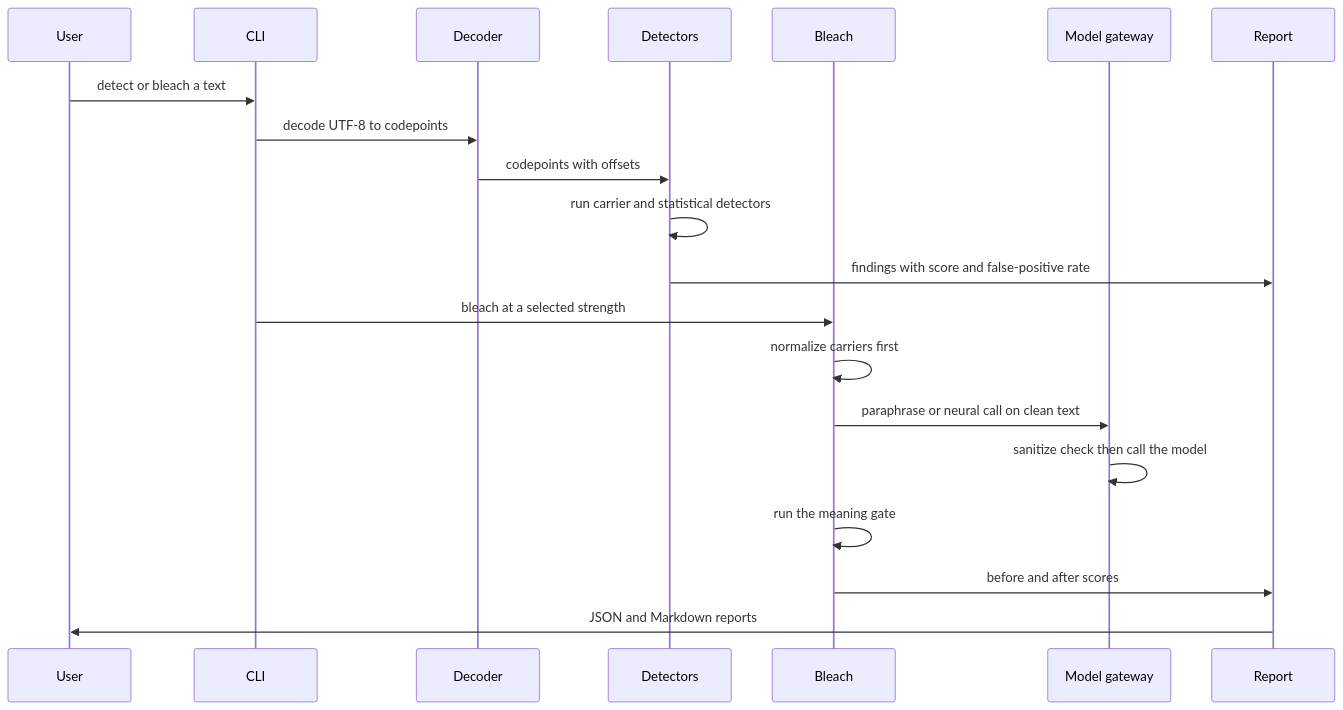
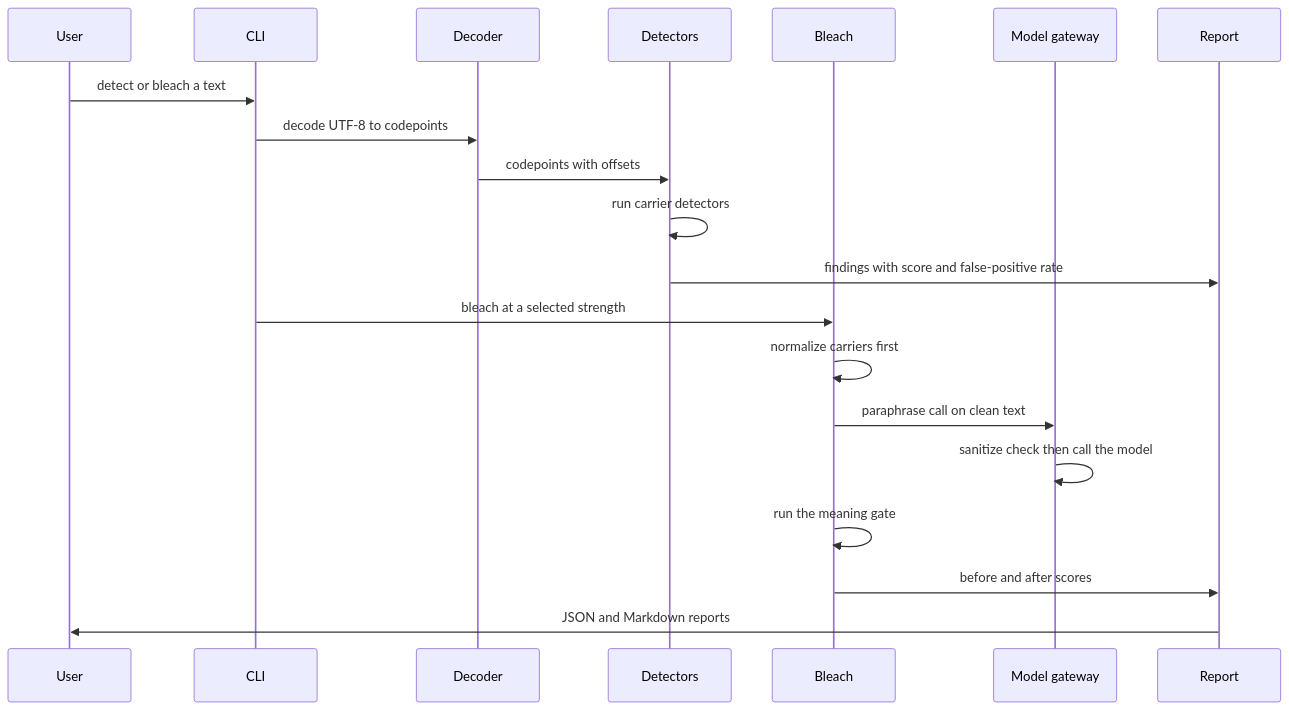
Before and after one commit to rondilley/BleachMark_AI: the second of 4 diagrams in docs/ARCHITECTURE.md, drawn with Mermaid. The commit also changed other lines of this file and 34 other files, not shown here.

````diff
--- a/docs/ARCHITECTURE.md
+++ b/docs/ARCHITECTURE.md
@@ -375,22 +372,22 @@
 ```mermaid
 sequenceDiagram
   participant U as User
   participant C as CLI
   participant D as Decoder
   participant DET as Detectors
   participant B as Bleach
   participant G as Model gateway
   participant R as Report
   U->>C: detect or bleach a text
   C->>D: decode UTF-8 to codepoints
   D->>DET: codepoints with offsets
-  DET->>DET: run carrier and statistical detectors
+  DET->>DET: run carrier detectors
   DET->>R: findings with score and false-positive rate
   C->>B: bleach at a selected strength
   B->>B: normalize carriers first
-  B->>G: paraphrase or neural call on clean text
+  B->>G: paraphrase call on clean text
   G->>G: sanitize check then call the model
   B->>B: run the meaning gate
   B->>R: before and after scores
   R->>U: JSON and Markdown reports
 ```
````
